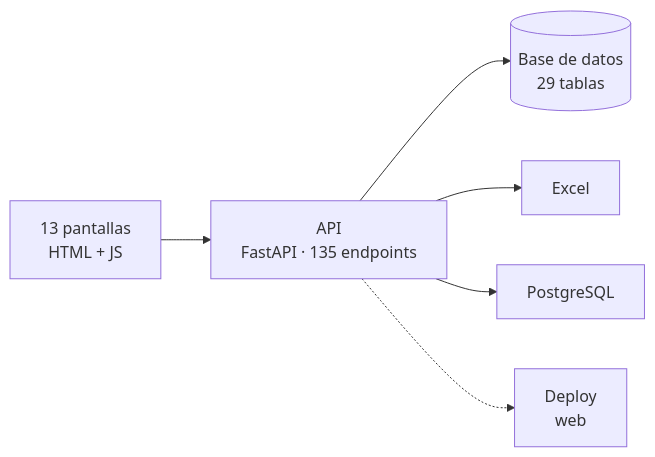
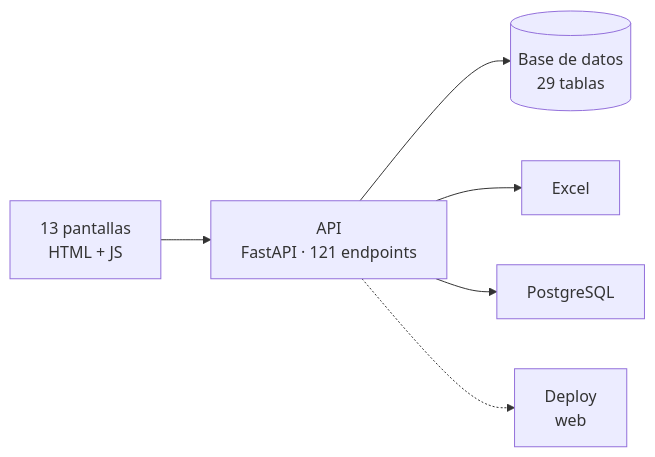
The first of 2 diagrams in ARQUITECTURA.md (nicovazzoler/salon_ivana), drawn with Mermaid before and after one commit. The commit also changed other lines of this file and 1 other file, not shown here.

````diff
--- a/ARQUITECTURA.md
+++ b/ARQUITECTURA.md
@@ -9,14 +9,14 @@
 ```mermaid
 graph LR
   FRONT["13 pantallas<br/>HTML + JS"]
-  API["API<br/>FastAPI · 135 endpoints"]
+  API["API<br/>FastAPI · 121 endpoints"]
+  FRONT --> API
   DB[("Base de datos<br/>29 tablas")]
-  FRONT --> API
   API --> DB
   EXCEL["Excel"]
   API --> EXCEL
   POSTGRES["PostgreSQL"]
   API --> POSTGRES
   DEPLOY["Deploy<br/>web"]
   API -.-> DEPLOY
 ```
````
